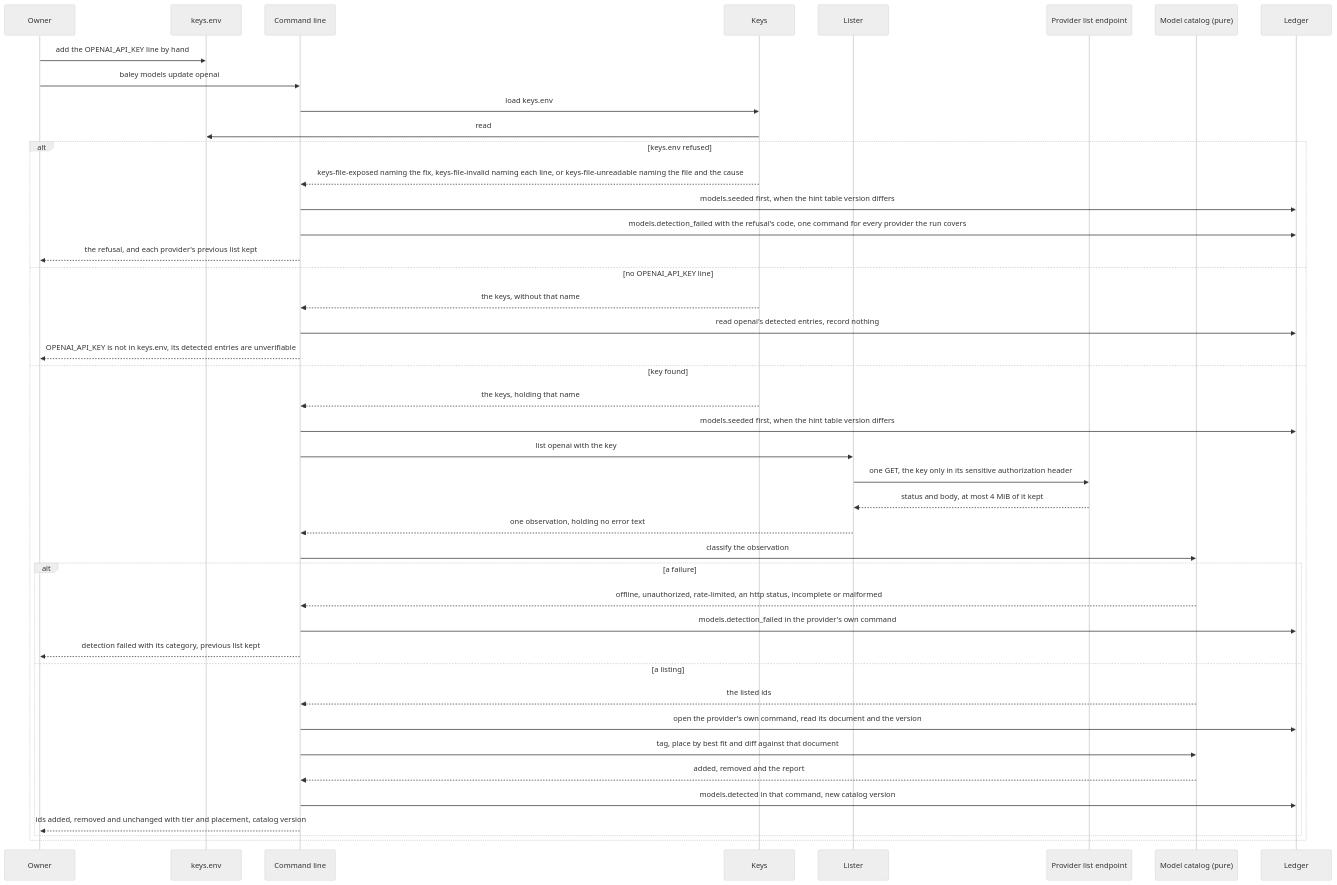
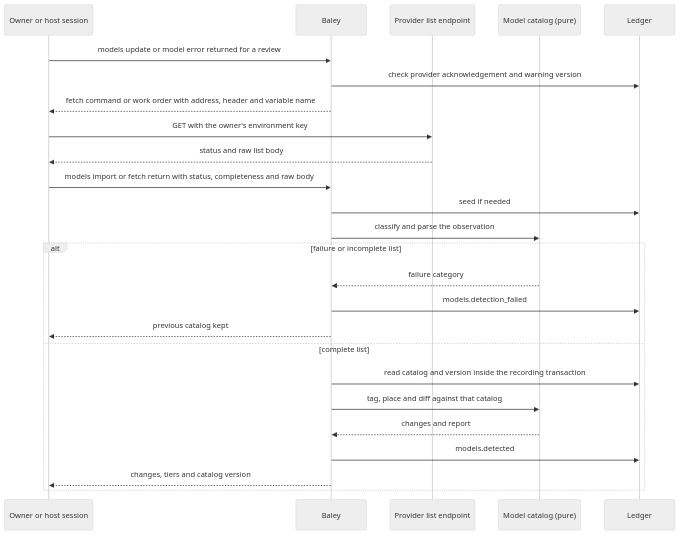
One commit to crenshawdev/baley changed the sixth of 7 diagrams in docs/design/0003-configuration-and-routing.md. Above: the diagram before and after it, drawn with Mermaid (neutral theme). The commit also changed other lines of this file and 5 other files, not shown here.

First line of the commit message:
docs(design): move credentials and model fetching to the session

````diff
--- a/docs/design/0003-configuration-and-routing.md
+++ b/docs/design/0003-configuration-and-routing.md
@@ -574,45 +533,27 @@
 ```mermaid
 sequenceDiagram
-  participant O as Owner
-  participant F as keys.env
-  participant C as Command line
-  participant S as Keys
-  participant G as Lister
+  participant O as Owner or host session
+  participant C as Baley
   participant V as Provider list endpoint
   participant K as Model catalog (pure)
   participant L as Ledger
-  O->>F: add the OPENAI_API_KEY line by hand
-  O->>C: baley models update openai
-  C->>S: load keys.env
-  S->>F: read
-  alt keys.env refused
-    S-->>C: keys-file-exposed naming the fix, keys-file-invalid naming each line, or keys-file-unreadable naming the file and the cause
-    C->>L: models.seeded first, when the hint table version differs
-    C->>L: models.detection_failed with the refusal's code, one command for every provider the run covers
-    C-->>O: the refusal, and each provider's previous list kept
-  else no OPENAI_API_KEY line
-    S-->>C: the keys, without that name
-    C->>L: read openai's detected entries, record nothing
-    C-->>O: OPENAI_API_KEY is not in keys.env, its detected entries are unverifiable
-  else key found
-    S-->>C: the keys, holding that name
-    C->>L: models.seeded first, when the hint table version differs
-    C->>G: list openai with the key
-    G->>V: one GET, the key only in its sensitive authorization header
-    V-->>G: status and body, at most 4 MiB of it kept
-    G-->>C: one observation, holding no error text
-    C->>K: classify the observation
-    alt a failure
-      K-->>C: offline, unauthorized, rate-limited, an http status, incomplete or malformed
-      C->>L: models.detection_failed in the provider's own command
-      C-->>O: detection failed with its category, previous list kept
-    else a listing
-      K-->>C: the listed ids
-      C->>L: open the provider's own command, read its document and the version
-      C->>K: tag, place by best fit and diff against that document
-      K-->>C: added, removed and the report
-      C->>L: models.detected in that command, new catalog version
-      C-->>O: ids added, removed and unchanged with tier and placement, catalog version
-    end
+  O->>C: models update or model error returned for a review
+  C->>L: check provider acknowledgement and warning version
+  C-->>O: fetch command or work order with address, header and variable name
+  O->>V: GET with the owner's environment key
+  V-->>O: status and raw list body
+  O->>C: models import or fetch return with status, completeness and raw body
+  C->>L: seed if needed
+  C->>K: classify and parse the observation
+  alt failure or incomplete list
+    K-->>C: failure category
+    C->>L: models.detection_failed
+    C-->>O: previous catalog kept
+  else complete list
+    C->>L: read catalog and version inside the recording transaction
+    C->>K: tag, place and diff against that catalog
+    K-->>C: changes and report
+    C->>L: models.detected
+    C-->>O: changes, tiers and catalog version
   end
 ```
````
